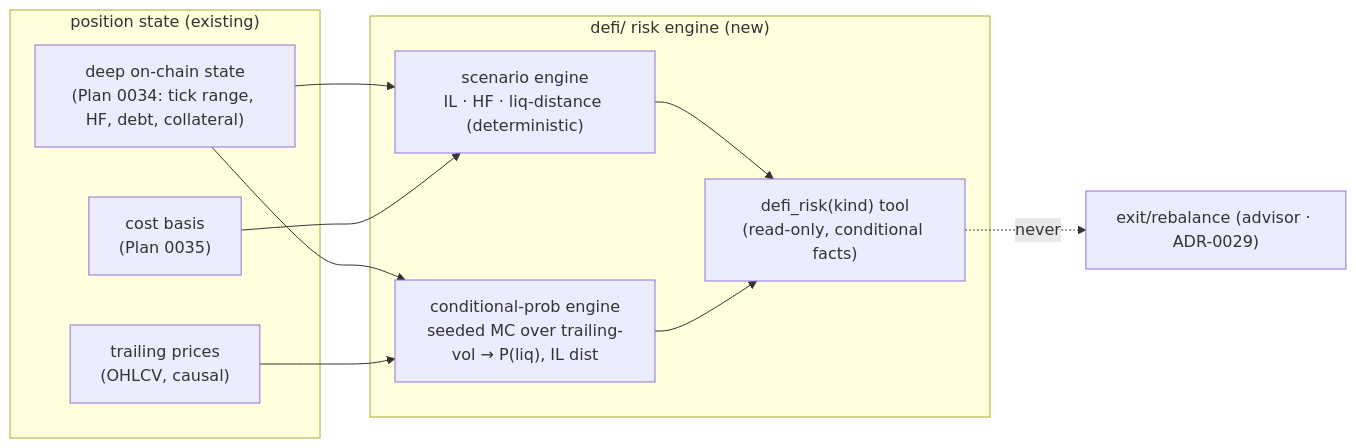
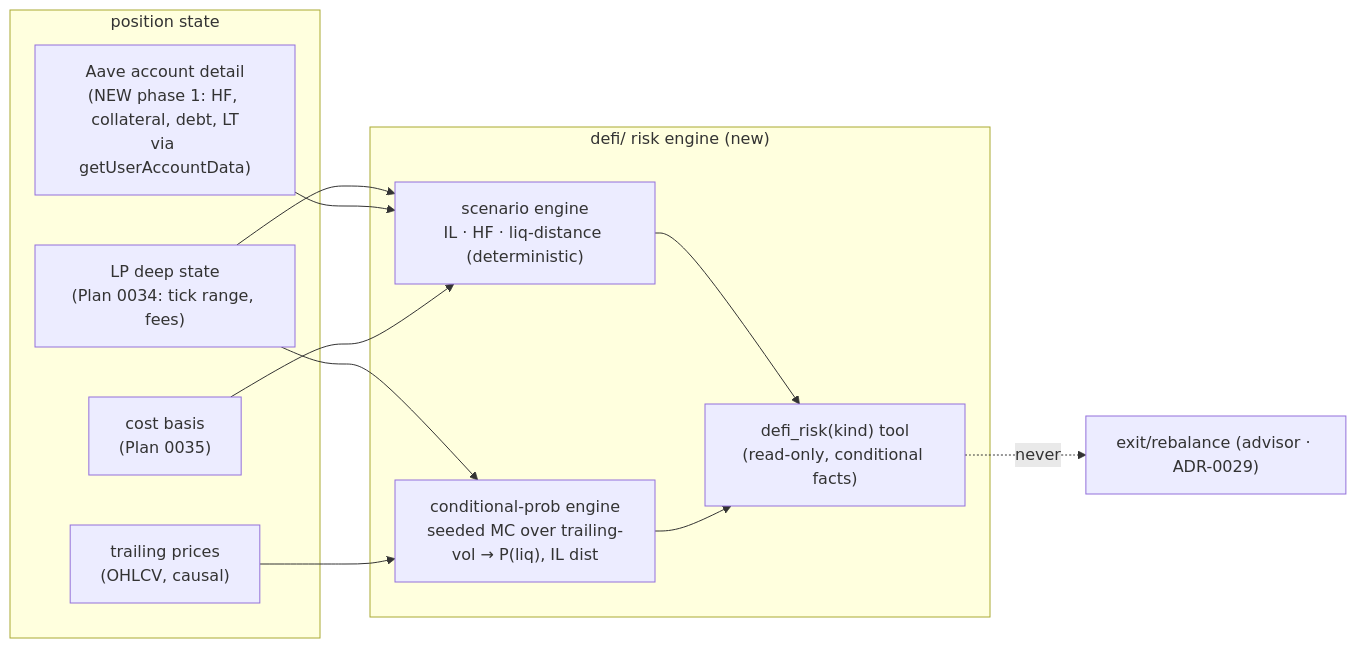
Before and after one commit to IgorKonovalov/market-analyzer: the diagram in docs/architecture/plans/0042-defi-position-risk-forecast.md, drawn with Mermaid. The commit also changed other lines of this file and 1 other file, not shown here.

First line of the commit message:
docs(plan-0042): amend - add Aave v3 deep-state adapter as new phase 1

````diff
--- a/docs/architecture/plans/0042-defi-position-risk-forecast.md
+++ b/docs/architecture/plans/0042-defi-position-risk-forecast.md
@@ -23,20 +27,22 @@
 ```mermaid
 flowchart LR
-  subgraph inputs["position state (existing)"]
-    deep["deep on-chain state<br/>(Plan 0034: tick range, HF, debt, collateral)"]
+  subgraph inputs["position state"]
+    lp["LP deep state<br/>(Plan 0034: tick range, fees)"]
+    aave["Aave account detail<br/>(NEW phase 1: HF, collateral, debt, LT<br/>via getUserAccountData)"]
     basis["cost basis<br/>(Plan 0035)"]
     px["trailing prices<br/>(OHLCV, causal)"]
   end
   subgraph risk["defi/ risk engine (new)"]
     scen["scenario engine<br/>IL · HF · liq-distance (deterministic)"]
     prob["conditional-prob engine<br/>seeded MC over trailing-vol → P(liq), IL dist"]
     tool["defi_risk(kind) tool<br/>(read-only, conditional facts)"]
   end
-  deep --> scen
+  lp --> scen
+  aave --> scen
   basis --> scen
-  deep --> prob
+  lp --> prob
   px --> prob
   scen --> tool
   prob --> tool
   tool -.->|never| advice["exit/rebalance (advisor · ADR-0029)"]
 ```
````
